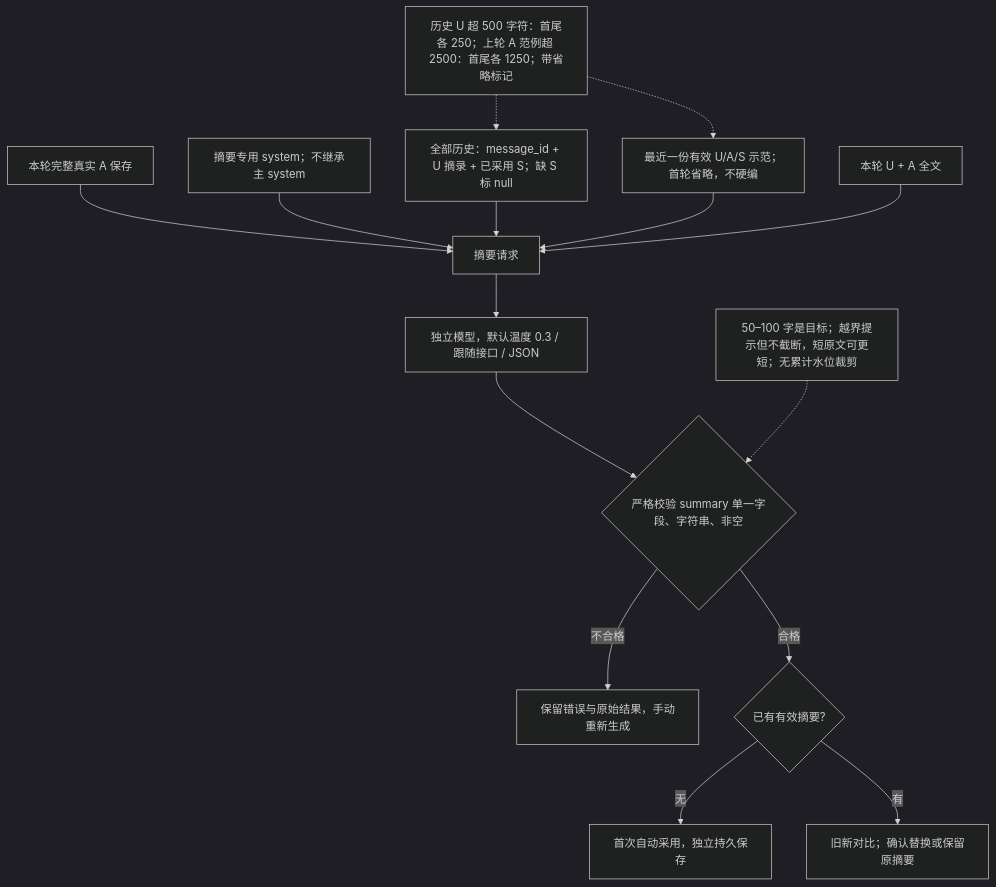
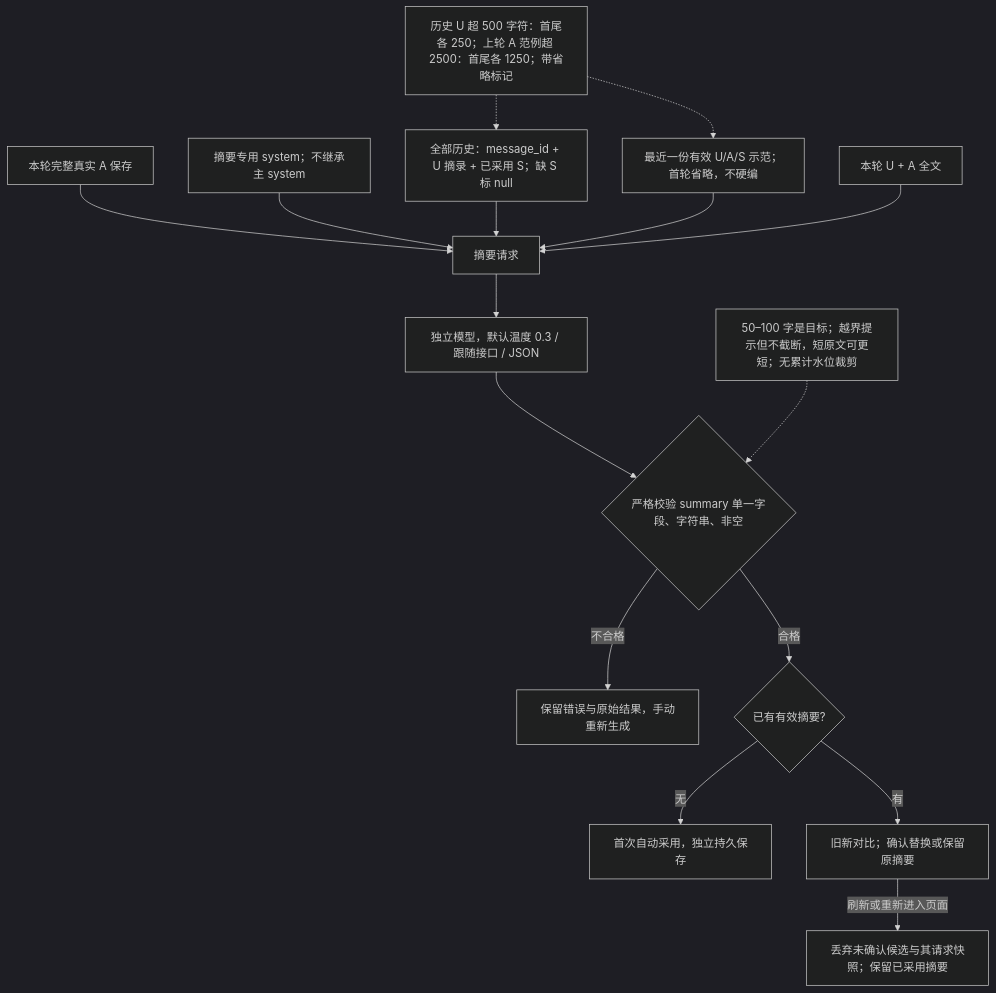
The eighth of 8 diagrams in docs/PLUGINS.md (ccawmiku/workers-chat), drawn with Mermaid (dark theme) before and after one commit. The commit also changed other lines of this file and 37 other files, not shown here.

````diff
--- a/docs/PLUGINS.md
+++ b/docs/PLUGINS.md
@@ -398,17 +403,18 @@
 ```mermaid
 flowchart TD
     A[本轮完整真实 A 保存] --> Input[摘要请求]
     System[摘要专用 system；不继承主 system] --> Input
     History[全部历史：message_id + U 摘录 + 已采用 S；缺 S 标 null] --> Input
     Example[最近一份有效 U/A/S 示范；首轮省略，不硬编] --> Input
     Current[本轮 U + A 全文] --> Input
     Input --> Model[独立模型，默认温度 0.3 / 跟随接口 / JSON]
     Model --> Check{严格校验 summary 单一字段、字符串、非空}
     Check -->|不合格| Error[保留错误与原始结果，手动重新生成]
     Check -->|合格| First{已有有效摘要?}
     First -->|无| Save[首次自动采用，独立持久保存]
     First -->|有| Compare[旧新对比；确认替换或保留原摘要]
+    Compare -->|刷新或重新进入页面| Discard[丢弃未确认候选与其请求快照；保留已采用摘要]
     Limit[历史 U 超 500 字符：首尾各 250；上轮 A 范例超 2500：首尾各 1250；带省略标记] -.-> History
     Limit -.-> Example
     Target[50–100 字是目标；越界提示但不截断，短原文可更短；无累计水位裁剪] -.-> Check
 ```
````
